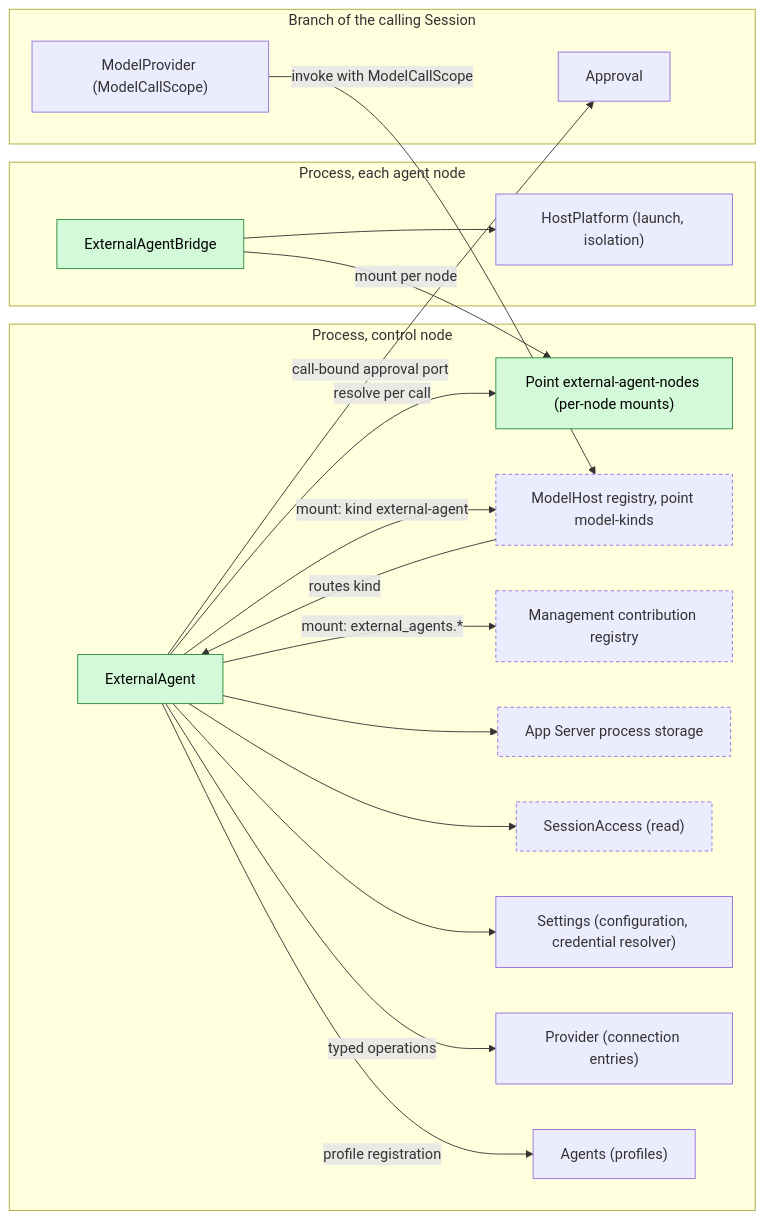
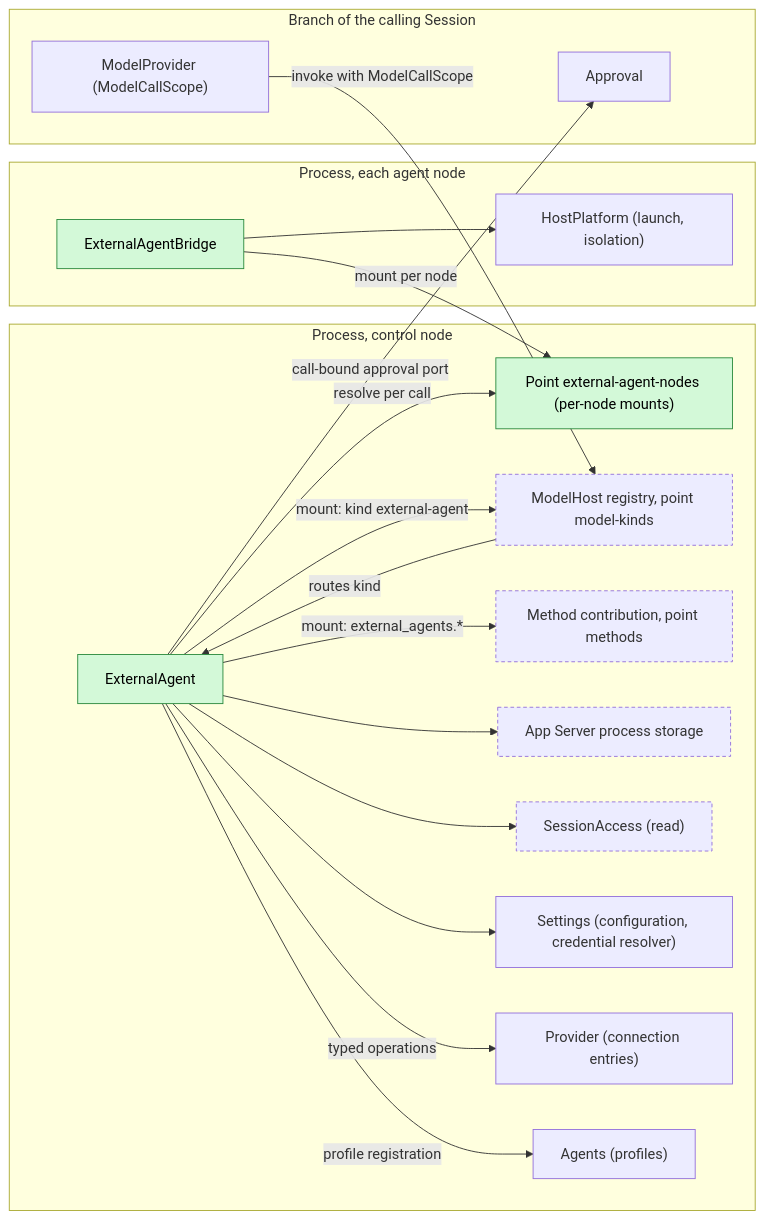
One commit to CoutinhoTTS/dim-agent changed the first of 5 diagrams in docs/design/plugins/ExternalAgent.md. Above: the diagram before and after it, drawn with Mermaid. The commit also changed other lines of this file and 3 other files, not shown here.

````diff
--- a/docs/design/plugins/ExternalAgent.md
+++ b/docs/design/plugins/ExternalAgent.md
@@ -9,37 +9,37 @@
 ```mermaid
 flowchart LR
   classDef new fill:#d3f9d8,stroke:#2b8a3e,color:#000
   classDef contract stroke-dasharray:4 3
   subgraph proc["Process, control node"]
     EA["ExternalAgent"]:::new
     NodeReg["Point external-agent-nodes (per-node mounts)"]:::new
     KindReg["ModelHost registry, point model-kinds"]:::contract
-    MgmtReg["Management contribution registry"]:::contract
+    MgmtReg["Method contribution, point methods"]:::contract
     Store["App Server process storage"]:::contract
     Access["SessionAccess (read)"]:::contract
     Settings["Settings (configuration, credential resolver)"]
     Provider["Provider (connection entries)"]
     Agents["Agents (profiles)"]
   end
   subgraph node["Process, each agent node"]
     Bridge["ExternalAgentBridge"]:::new
     HP["HostPlatform (launch, isolation)"]
   end
   subgraph branch["Branch of the calling Session"]
     MP["ModelProvider (ModelCallScope)"]
     Appr["Approval"]
   end
   EA -->|"mount: kind external-agent"| KindReg
   EA -->|"mount: external_agents.*"| MgmtReg
   MP -->|"invoke with ModelCallScope"| KindReg
   KindReg -->|"routes kind"| EA
   EA -->|"call-bound approval port"| Appr
   EA --> Access
   EA --> Store
   EA --> Settings
   EA -->|"typed operations"| Provider
   EA -->|"profile registration"| Agents
   Bridge -->|"mount per node"| NodeReg
   EA -->|"resolve per call"| NodeReg
   Bridge --> HP
 ```
````
